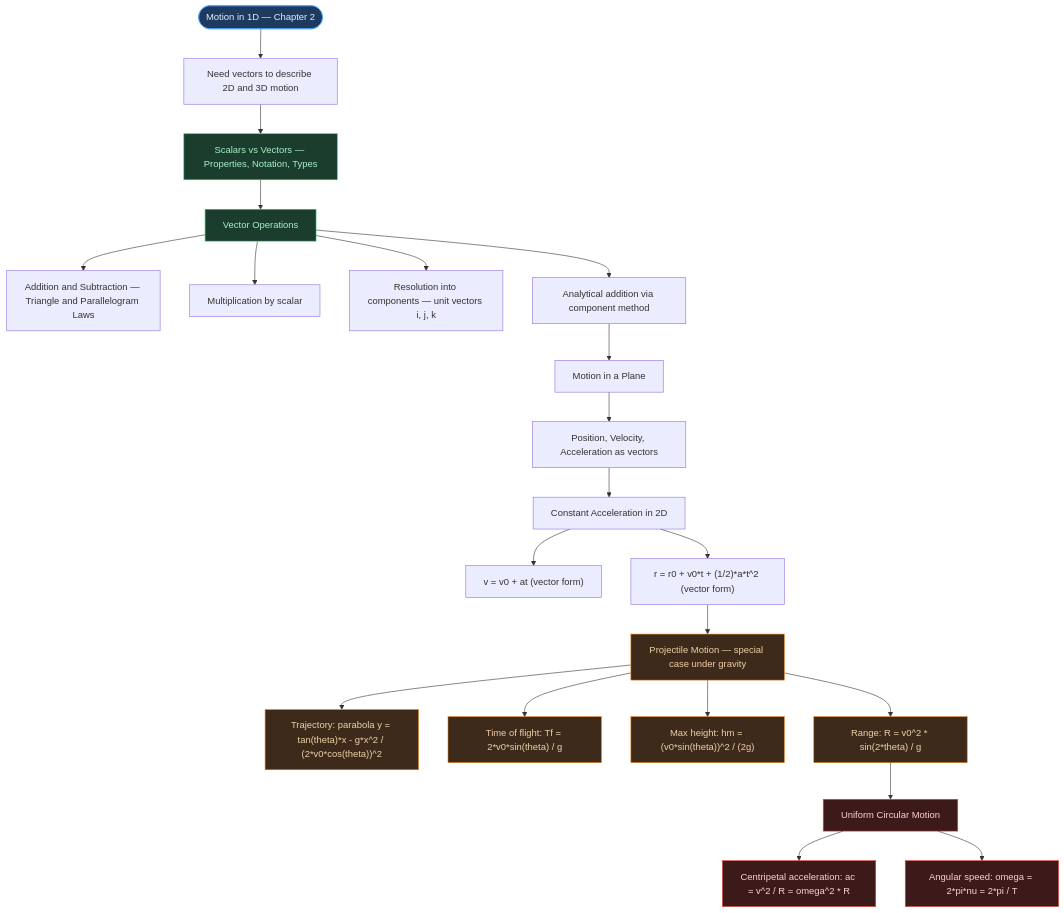
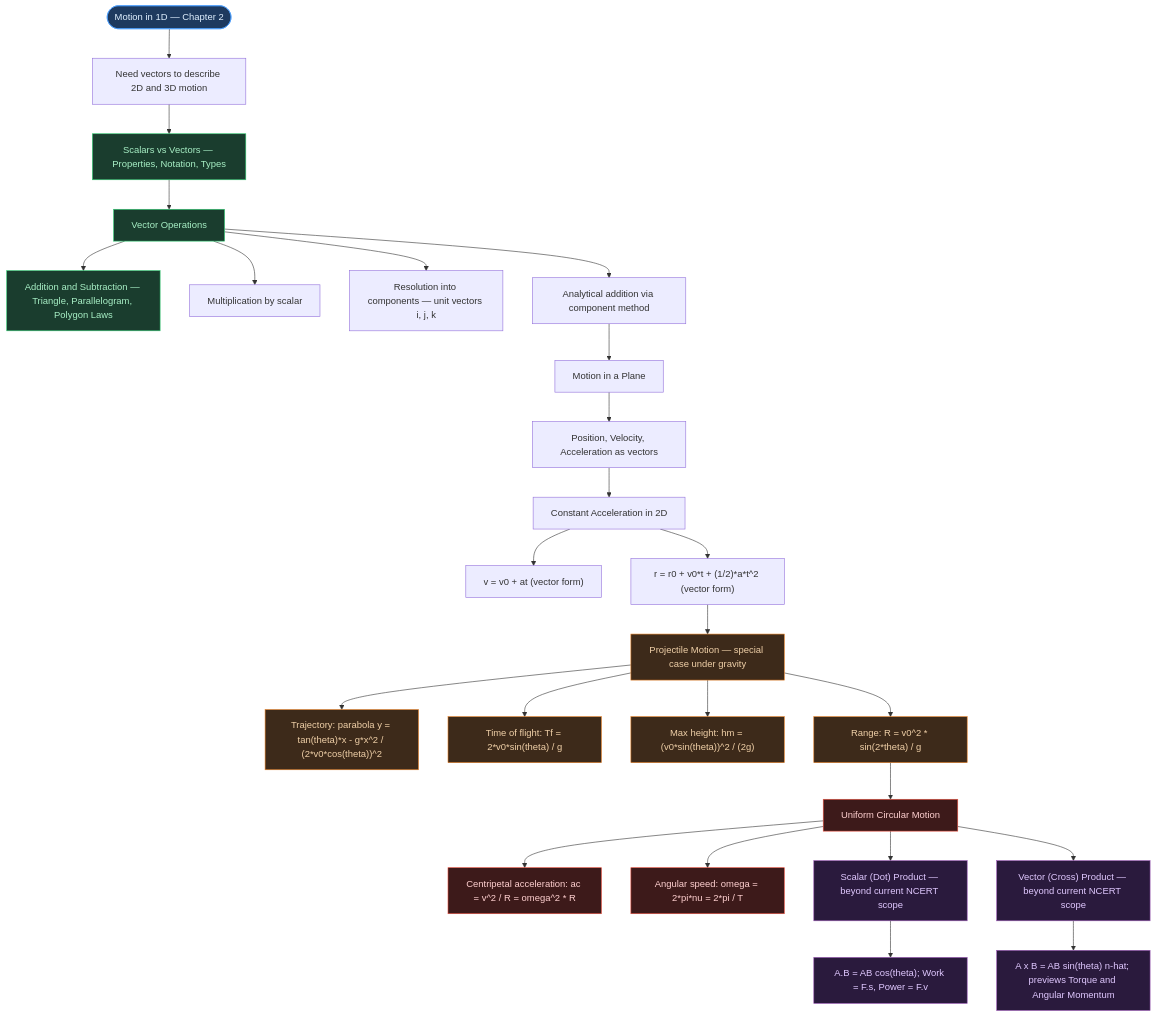
One commit to fsr-science/NCERT-Science changed the first of 4 diagrams in AI-NOTES/PHYSICS/PHYSICS03-MOTION_IN_A_PLANE/PHYSICS03-MOTION_IN_A_PLANE-NOTES.md. Above: the diagram before and after it, drawn with Mermaid. The commit also changed other lines of this file and 2 other files, not shown here.

````diff
--- a/AI-NOTES/PHYSICS/PHYSICS03-MOTION_IN_A_PLANE/PHYSICS03-MOTION_IN_A_PLANE-NOTES.md
+++ b/AI-NOTES/PHYSICS/PHYSICS03-MOTION_IN_A_PLANE/PHYSICS03-MOTION_IN_A_PLANE-NOTES.md
@@ -8,36 +8,45 @@
 ```mermaid
 flowchart TD
     A(["Motion in 1D — Chapter 2"])
     A --> B["Need vectors to describe 2D and 3D motion"]
     B --> C["Scalars vs Vectors — Properties, Notation, Types"]
     C --> D["Vector Operations"]
-    D --> D1["Addition and Subtraction — Triangle and Parallelogram Laws"]
+    D --> D1["Addition and Subtraction — Triangle, Parallelogram, Polygon Laws"]
     D --> D2["Multiplication by scalar"]
     D --> D3["Resolution into components — unit vectors i, j, k"]
     D --> D4["Analytical addition via component method"]
     D4 --> E["Motion in a Plane"]
     E --> E1["Position, Velocity, Acceleration as vectors"]
     E1 --> F["Constant Acceleration in 2D"]
     F --> F1["v = v0 + at (vector form)"]
     F --> F2["r = r0 + v0*t + (1/2)*a*t^2 (vector form)"]
     F2 --> G["Projectile Motion — special case under gravity"]
     G --> G1["Trajectory: parabola y = tan(theta)*x - g*x^2 / (2*v0*cos(theta))^2"]
     G --> G2["Time of flight: Tf = 2*v0*sin(theta) / g"]
     G --> G3["Max height: hm = (v0*sin(theta))^2 / (2g)"]
     G --> G4["Range: R = v0^2 * sin(2*theta) / g"]
     G4 --> H["Uniform Circular Motion"]
     H --> H1["Centripetal acceleration: ac = v^2 / R = omega^2 * R"]
     H --> H2["Angular speed: omega = 2*pi*nu = 2*pi / T"]
+    H --> I["Scalar (Dot) Product — beyond current NCERT scope"]
+    I --> I1["A.B = AB cos(theta); Work = F.s, Power = F.v"]
+    H --> J["Vector (Cross) Product — beyond current NCERT scope"]
+    J --> J1["A x B = AB sin(theta) n-hat; previews Torque and Angular Momentum"]
 
     style A fill:#1e3a5f,color:#e0f0ff,stroke:#4a9eff
     style C fill:#1a3d2e,color:#a8f0c6,stroke:#2ecc71
     style D fill:#1a3d2e,color:#a8f0c6,stroke:#2ecc71
+    style D1 fill:#1a3d2e,color:#a8f0c6,stroke:#2ecc71
     style G fill:#3d2a1a,color:#f0d0a8,stroke:#e67e22
     style G1 fill:#3d2a1a,color:#f0d0a8,stroke:#e67e22
     style G2 fill:#3d2a1a,color:#f0d0a8,stroke:#e67e22
     style G3 fill:#3d2a1a,color:#f0d0a8,stroke:#e67e22
     style G4 fill:#3d2a1a,color:#f0d0a8,stroke:#e67e22
     style H fill:#3d1a1a,color:#ffd0d0,stroke:#e74c3c
     style H1 fill:#3d1a1a,color:#ffd0d0,stroke:#e74c3c
     style H2 fill:#3d1a1a,color:#ffd0d0,stroke:#e74c3c
+    style I fill:#2a1a3d,color:#e0c8ff,stroke:#9b59b6
+    style I1 fill:#2a1a3d,color:#e0c8ff,stroke:#9b59b6
+    style J fill:#2a1a3d,color:#e0c8ff,stroke:#9b59b6
+    style J1 fill:#2a1a3d,color:#e0c8ff,stroke:#9b59b6
 ```
````
